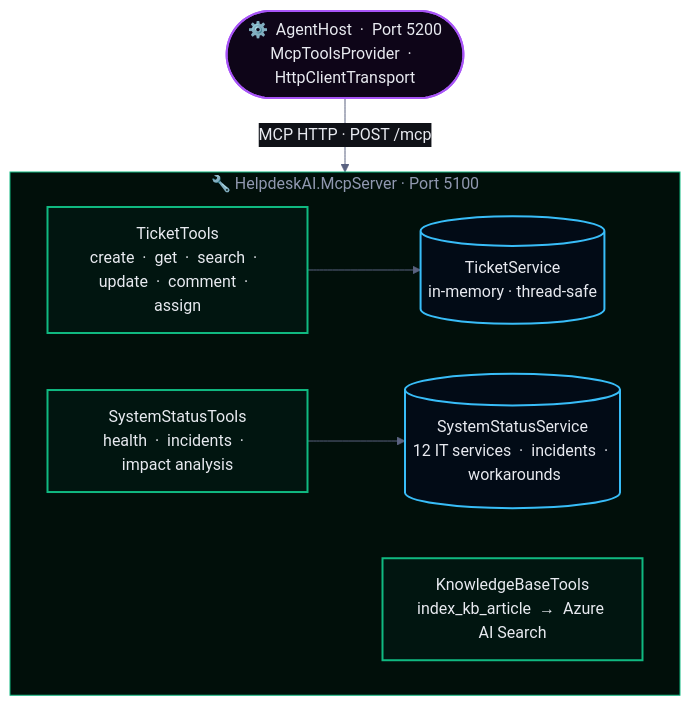
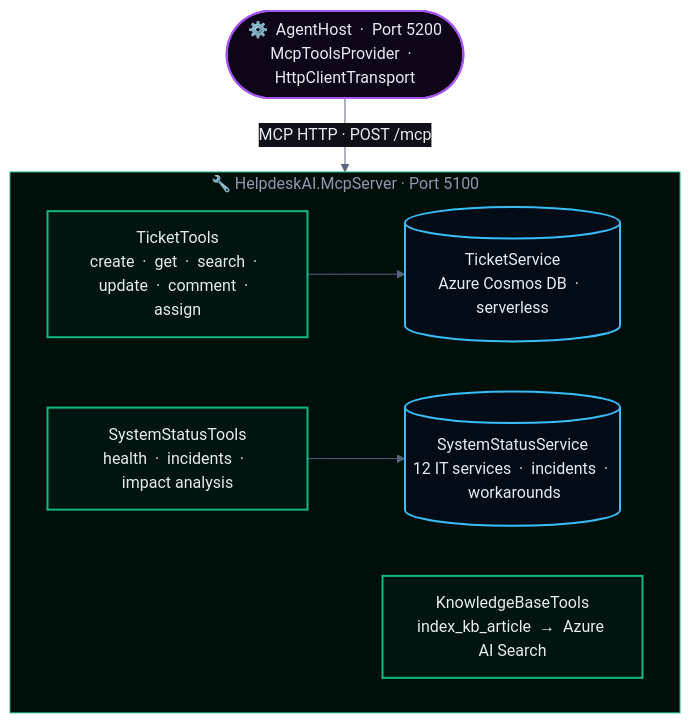
The diagram in src/HelpdeskAI.McpServer/README.md (sreyanchoudhury/HelpdeskAI.CSharp), drawn with Mermaid before and after one commit. The commit also changed other lines of this file and 24 other files, not shown here.

````diff
--- a/src/HelpdeskAI.McpServer/README.md
+++ b/src/HelpdeskAI.McpServer/README.md
@@ -77,23 +97,23 @@
 ```mermaid
 %%{init: {"theme": "base", "themeVariables": {"primaryColor": "#151820", "primaryTextColor": "#e8eaf0", "primaryBorderColor": "#10b981", "lineColor": "#5a6280", "secondaryColor": "#0f1117", "tertiaryColor": "#0a0b0f", "clusterBkg": "#010f0a", "titleColor": "#9098b0", "edgeLabelBackground": "#0f1117", "fontFamily": "system-ui, -apple-system, sans-serif"}}}%%
 flowchart TD
     classDef agenthost fill:#0e0518,stroke:#a855f7,color:#e8eaf0,stroke-width:2px
     classDef tool      fill:#011510,stroke:#10b981,color:#e8eaf0,stroke-width:2px
     classDef service   fill:#020b16,stroke:#38bdf8,color:#e8eaf0,stroke-width:2px
 
     AH(["⚙️  AgentHost  ·  Port 5200<br/>McpToolsProvider  ·  HttpClientTransport"]):::agenthost
 
     subgraph MCP["🔧  HelpdeskAI.McpServer  ·  Port 5100"]
         TT["TicketTools<br/>create  ·  get  ·  search  ·  update  ·  comment  ·  assign"]:::tool
         SST["SystemStatusTools<br/>health  ·  incidents  ·  impact analysis"]:::tool
         KT["KnowledgeBaseTools<br/>index_kb_article  →  Azure AI Search"]:::tool
-        TS[("TicketService<br/>in-memory  ·  thread-safe")]:::service
+        TS[("TicketService<br/>Azure Cosmos DB  ·  serverless")]:::service
         SS[("SystemStatusService<br/>12 IT services  ·  incidents  ·  workarounds")]:::service
     end
 
     style MCP fill:#010f0a,stroke:#10b981,color:#9098b0
 
     AH -- "MCP HTTP  ·  POST /mcp" --> MCP
     TT  --> TS
     SST --> SS
 ```
````
